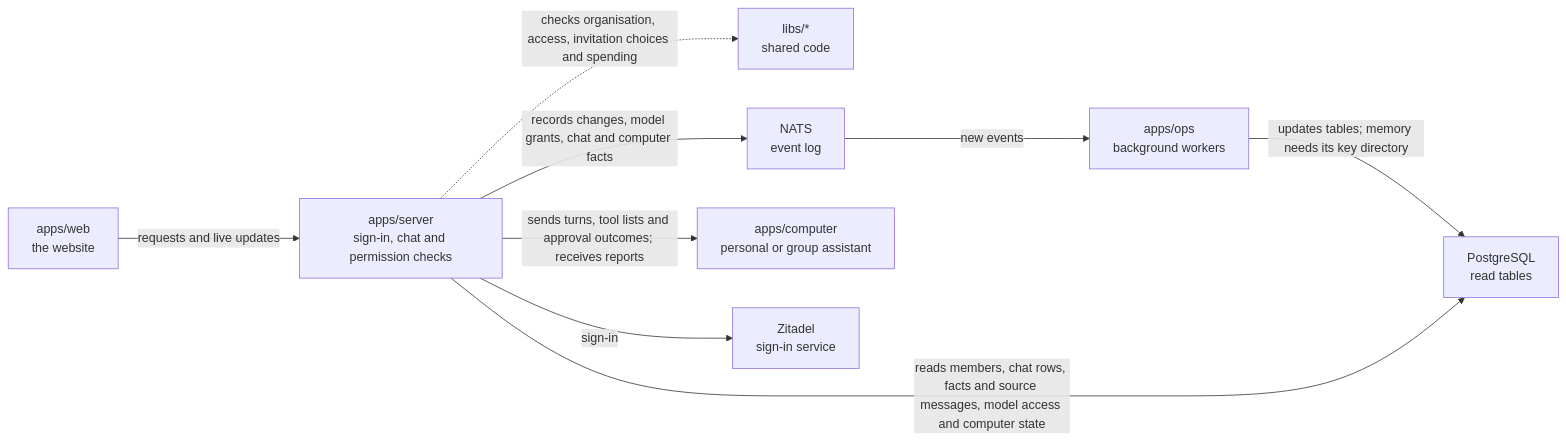
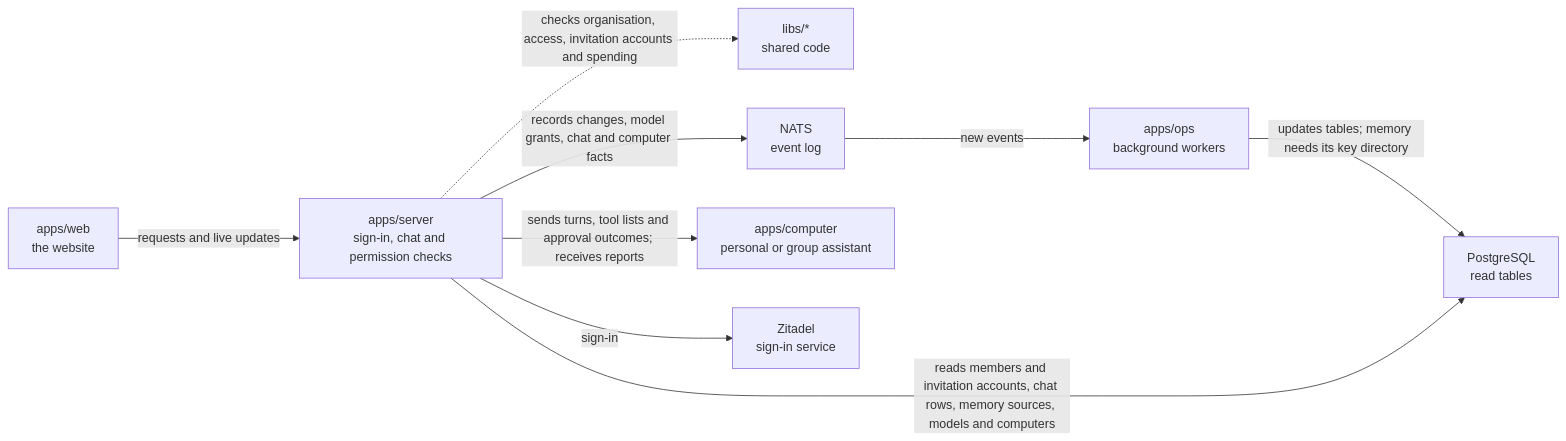
Before and after one commit to elewa-git/opencrane-new: the diagram in apps/server/README.md, drawn with Mermaid. The commit also changed other lines of this file and 19 other files, not shown here.

````diff
--- a/apps/server/README.md
+++ b/apps/server/README.md
@@ -11,11 +11,11 @@
 ```mermaid
 flowchart LR
   web["apps/web<br/>the website"] -->|requests and live updates| server["apps/server<br/>sign-in, chat and permission checks"]
-  server -.->|checks organisation, access, invitation choices and spending| libs["libs/*<br/>shared code"]
+  server -.->|checks organisation, access, invitation accounts and spending| libs["libs/*<br/>shared code"]
   server -->|records changes, model grants, chat and computer facts| nats["NATS<br/>event log"]
   nats -->|new events| ops["apps/ops<br/>background workers"]
   ops -->|updates tables; memory needs its key directory| postgres["PostgreSQL<br/>read tables"]
-  server -->|reads members, chat rows, facts and source messages, model access and computer state| postgres
+  server -->|reads members and invitation accounts, chat rows, memory sources, models and computers| postgres
   server -->|sends turns, tool lists and approval outcomes; receives reports| computer["apps/computer<br/>personal or group assistant"]
   server -->|sign-in| zitadel["Zitadel<br/>sign-in service"]
 ```
````
